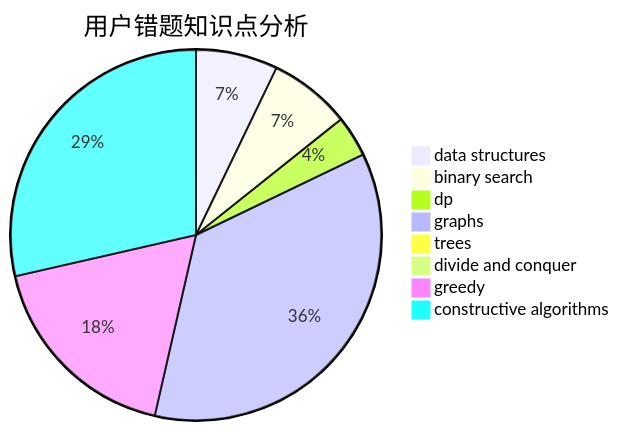
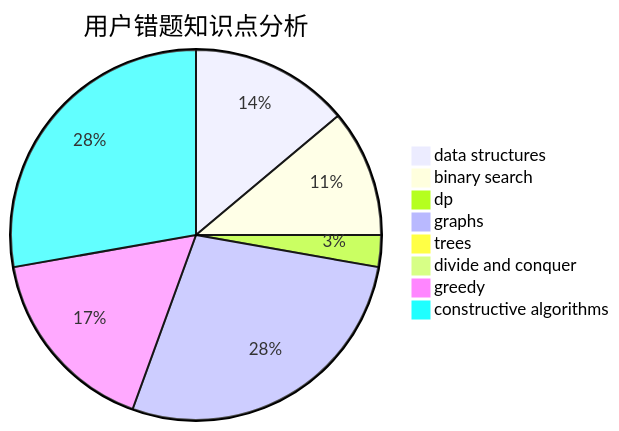
The third of 3 diagrams in docs/user/u1039.md (sherpahu/cfrs.github.io), drawn with Mermaid before and after one commit. The commit also changed other lines of this file and 2770 other files, not shown here.

````diff
--- a/docs/user/u1039.md
+++ b/docs/user/u1039.md
@@ -36,11 +36,11 @@
 ```mermaid
 pie title 用户错题知识点分析
-    "data structures" :  2
-    "binary search" :  2
+    "data structures" :  5
+    "binary search" :  4
     "dp" :  1
     "graphs" :  10
     "trees" :  0
     "divide and conquer" :  0
-    "greedy" :  5
-    "constructive algorithms" :  8
+    "greedy" :  6
+    "constructive algorithms" :  10
 ```
````
